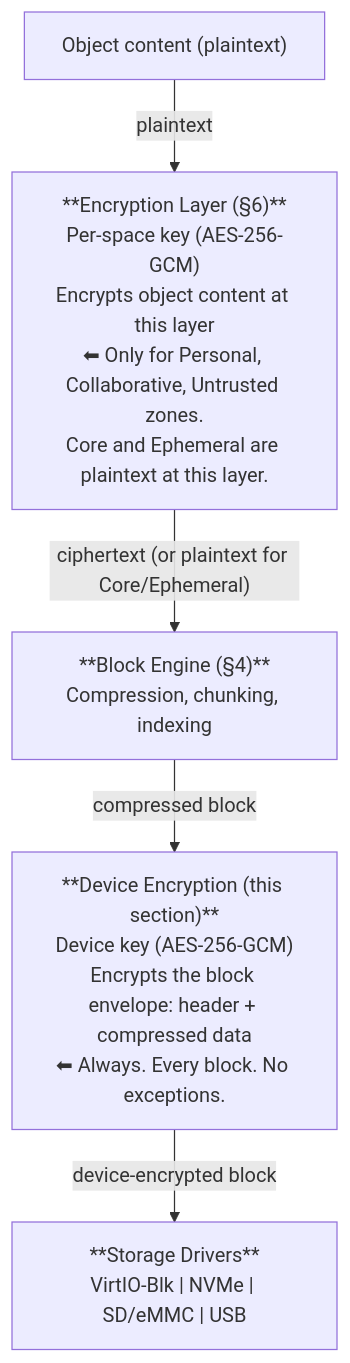
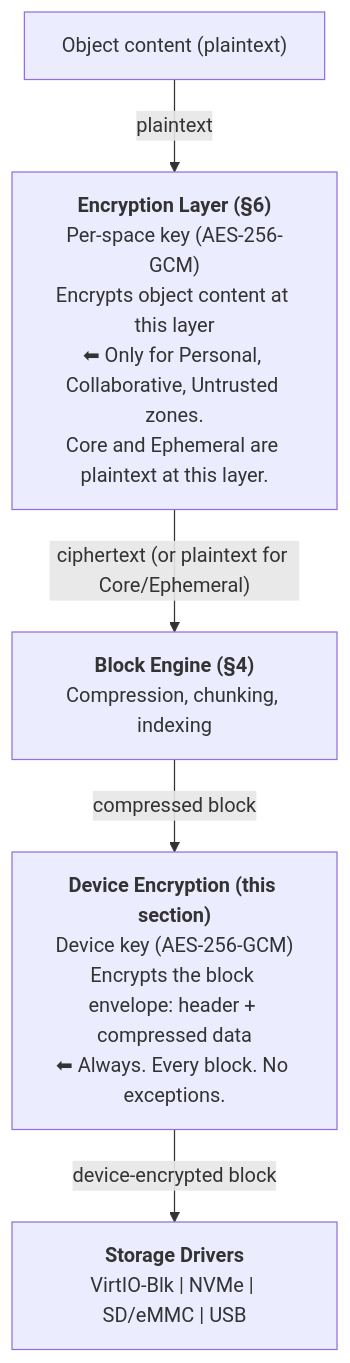
Before and after one commit to juslee/aios: the third of 4 diagrams in docs/storage/spaces.md, drawn with Mermaid. The commit also changed other lines of this file and 24 other files, not shown here.

First line of the commit message:
Upgrade all 132 Mermaid diagrams to v11 syntax across 25 docs

````diff
--- a/docs/storage/spaces.md
+++ b/docs/storage/spaces.md
@@ -1410,13 +1444,22 @@
 ```mermaid
-graph TD
+flowchart TD
     OBJ["Object content (plaintext)"]
-    EL["**Encryption Layer (§6)**<br/>Per-space key (AES-256-GCM)<br/>Encrypts object content at this layer<br/>⬅ Only for Personal, Collaborative, Untrusted zones.<br/>Core and Ephemeral are plaintext at this layer."]
-    BE["**Block Engine (§4)**<br/>Compression, chunking, indexing"]
-    DE["**Device Encryption (this section)**<br/>Device key (AES-256-GCM)<br/>Encrypts the block envelope: header + compressed data<br/>⬅ Always. Every block. No exceptions."]
-    SD["**Storage Drivers**<br/>VirtIO-Blk | NVMe | SD/eMMC | USB"]
+    EL["`**Encryption Layer (§6)**
+Per-space key (AES-256-GCM)
+Encrypts object content at this layer
+⬅ Only for Personal, Collaborative, Untrusted zones.
+Core and Ephemeral are plaintext at this layer.`"]
+    BE["`**Block Engine (§4)**
+Compression, chunking, indexing`"]
+    DE["`**Device Encryption (this section)**
+Device key (AES-256-GCM)
+Encrypts the block envelope: header + compressed data
+⬅ Always. Every block. No exceptions.`"]
+    SD["`**Storage Drivers**
+VirtIO-Blk | NVMe | SD/eMMC | USB`"]
 
     OBJ -->|plaintext| EL
     EL -->|"ciphertext (or plaintext for Core/Ephemeral)"| BE
     BE -->|compressed block| DE
     DE -->|device-encrypted block| SD
 ```
````
